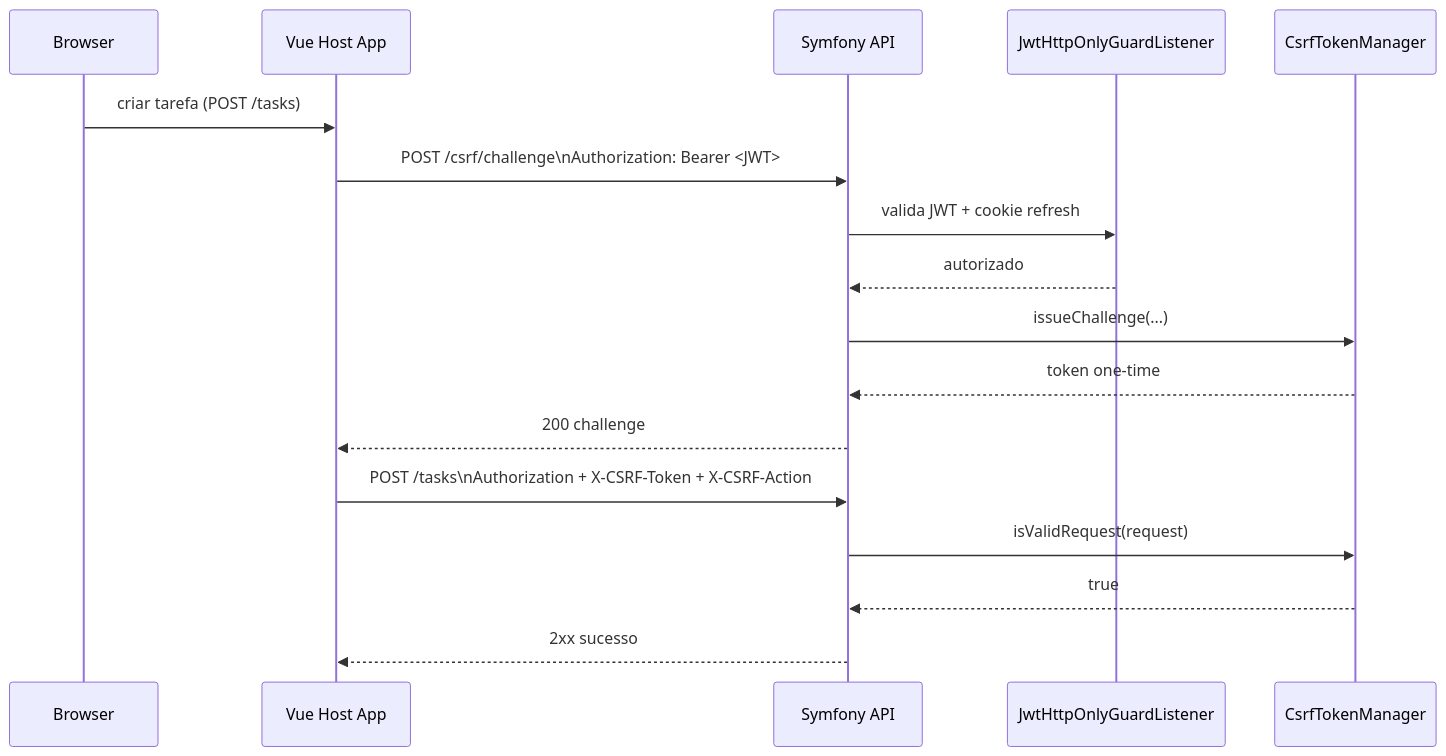
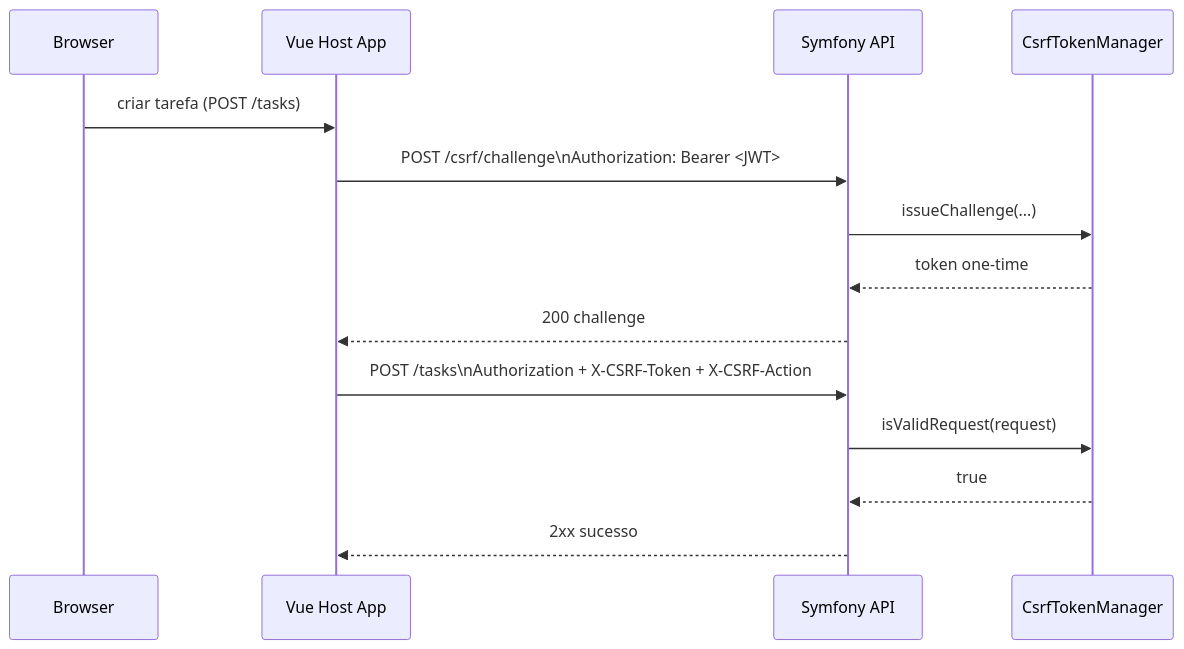
One commit to ferreis/OctoFlow changed the second of 2 diagrams in OctoFlow/www/Docs/CSRF_TOKEN.md. Above: the diagram before and after it, drawn with Mermaid. The commit also changed other lines of this file and 12 other files, not shown here.

````diff
--- a/OctoFlow/www/Docs/CSRF_TOKEN.md
+++ b/OctoFlow/www/Docs/CSRF_TOKEN.md
@@ -88,21 +88,18 @@
 ```mermaid
 sequenceDiagram
     participant Browser
     participant HostApp as Vue Host App
     participant API as Symfony API
-    participant Guard as JwtHttpOnlyGuardListener
     participant Csrf as CsrfTokenManager
 
     Browser->>HostApp: criar tarefa (POST /tasks)
     HostApp->>API: POST /csrf/challenge\nAuthorization: Bearer <JWT>
-    API->>Guard: valida JWT + cookie refresh
-    Guard-->>API: autorizado
     API->>Csrf: issueChallenge(...)
     Csrf-->>API: token one-time
     API-->>HostApp: 200 challenge
 
     HostApp->>API: POST /tasks\nAuthorization + X-CSRF-Token + X-CSRF-Action
     API->>Csrf: isValidRequest(request)
     Csrf-->>API: true
     API-->>HostApp: 2xx sucesso
 ```
````
